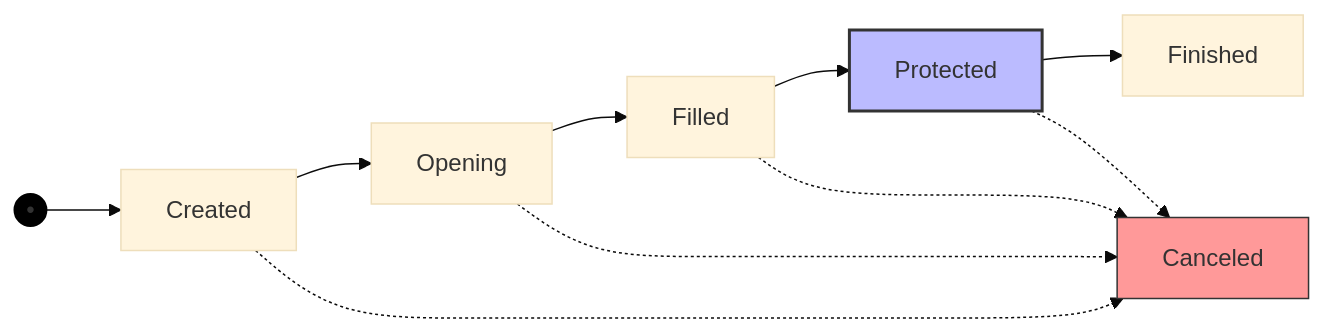
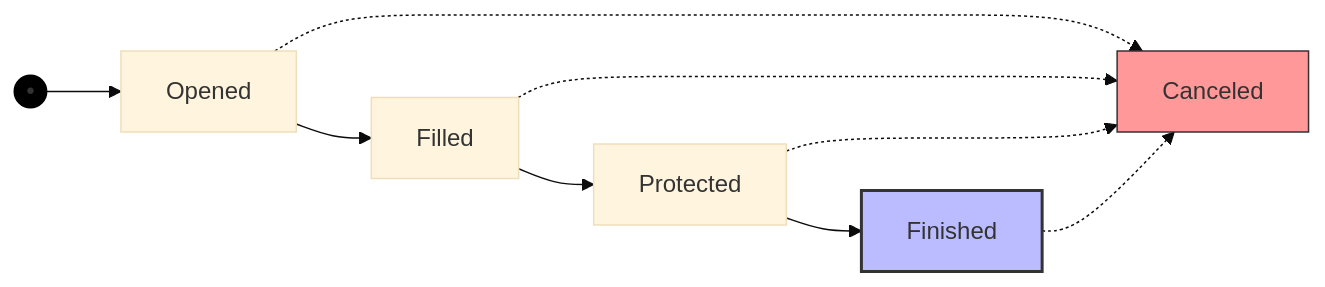
Before and after one commit to Andy11011/EDGEngine: the diagram in Arch/EdgeTrader/TradesEventSourcingFC.md, drawn with Mermaid (base theme). The commit also changed 2 other files, not shown here.

Commit message:
Implementing new Main Control Flow - 5

````diff
--- a/Arch/EdgeTrader/TradesEventSourcingFC.md
+++ b/Arch/EdgeTrader/TradesEventSourcingFC.md
@@ -1,13 +1,13 @@
 ```mermaid
 graph LR
-    S((•)) --> A[Created] --> B[Opening] --> C[Filled] --> D[Protected] --> E[Finished]
+    S((•)) --> A[Opened] --> B[Filled] --> C[Protected] --> D[Finished]
 
     A -.-> X[Canceled]
     B -.-> X
     C -.-> X
     D -.-> X
 
     style S fill:#000,stroke:#000,stroke-width:2px
     style D fill:#bbf,stroke:#333,stroke-width:2px
     style X fill:#f99,stroke:#333,stroke-width:1px
 ```
````
